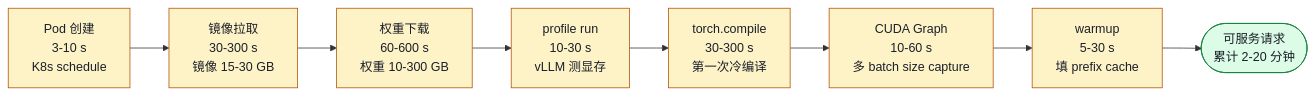
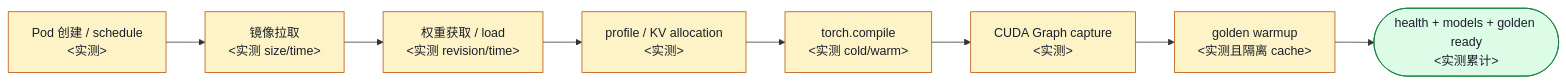
Before and after one commit to jwzheng96/vllm-learning-book: the diagram in 08-production-deployment/04-autoscaling-and-capacity.md, drawn with Mermaid. The commit also changed other lines of this file and 31 other files, not shown here.

````diff
--- a/08-production-deployment/04-autoscaling-and-capacity.md
+++ b/08-production-deployment/04-autoscaling-and-capacity.md
@@ -92,16 +96,16 @@
 ```mermaid
 flowchart LR
-    A["Pod 创建<br/>3-10 s<br/>K8s schedule"] --> B
-    B["镜像拉取<br/>30-300 s<br/>镜像 15-30 GB"] --> C
-    C["权重下载<br/>60-600 s<br/>权重 10-300 GB"] --> D
-    D["profile run<br/>10-30 s<br/>vLLM 测显存"] --> E
-    E["torch.compile<br/>30-300 s<br/>第一次冷编译"] --> F
-    F["CUDA Graph<br/>10-60 s<br/>多 batch size capture"] --> G
-    G["warmup<br/>5-30 s<br/>填 prefix cache"] --> H
-    H(["可服务请求<br/>累计 2-20 分钟"])
+    A["Pod 创建 / schedule<br/><实测>"] --> B
+    B["镜像拉取<br/><实测 size/time>"] --> C
+    C["权重获取 / load<br/><实测 revision/time>"] --> D
+    D["profile / KV allocation<br/><实测>"] --> E
+    E["torch.compile<br/><实测 cold/warm>"] --> F
+    F["CUDA Graph capture<br/><实测>"] --> G
+    G["golden warmup<br/><实测且隔离 cache>"] --> H
+    H(["health + models + golden ready<br/><实测累计>"])
 
     classDef stage fill:#fef3c7,stroke:#b45309,color:#1a1f29;
     classDef ready fill:#dcfce7,stroke:#15803d,color:#1a1f29;
     class A,B,C,D,E,F,G stage;
     class H ready;
 ```
````
